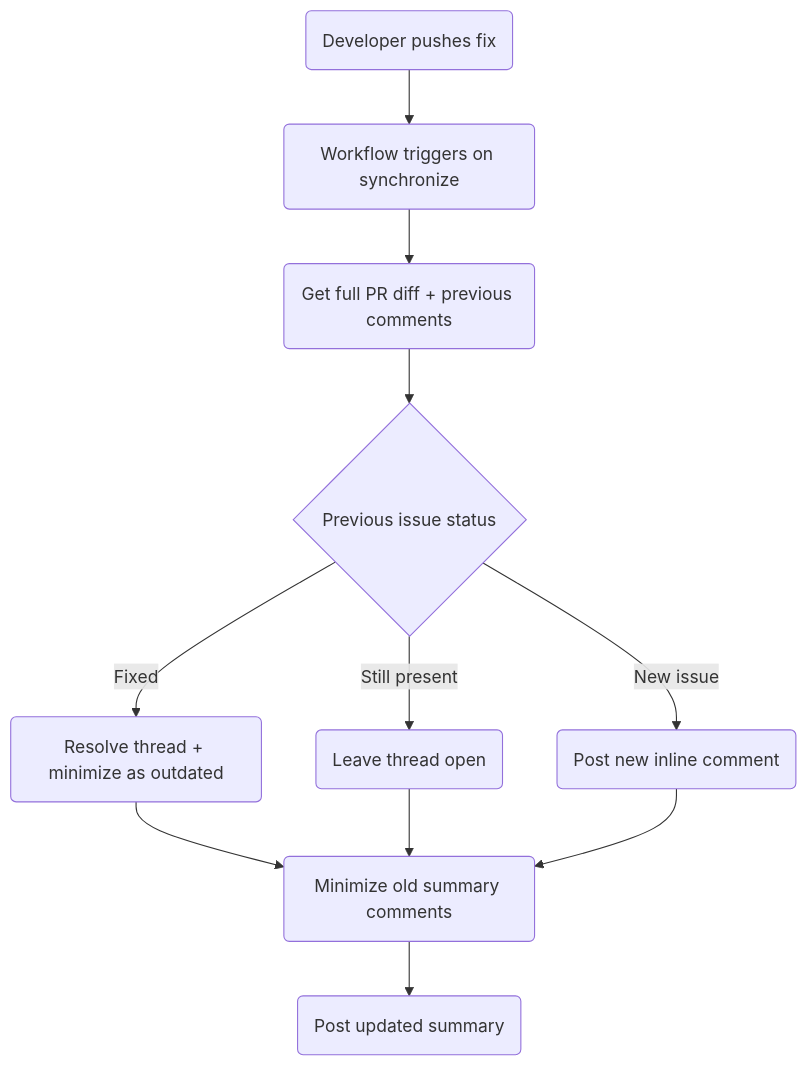
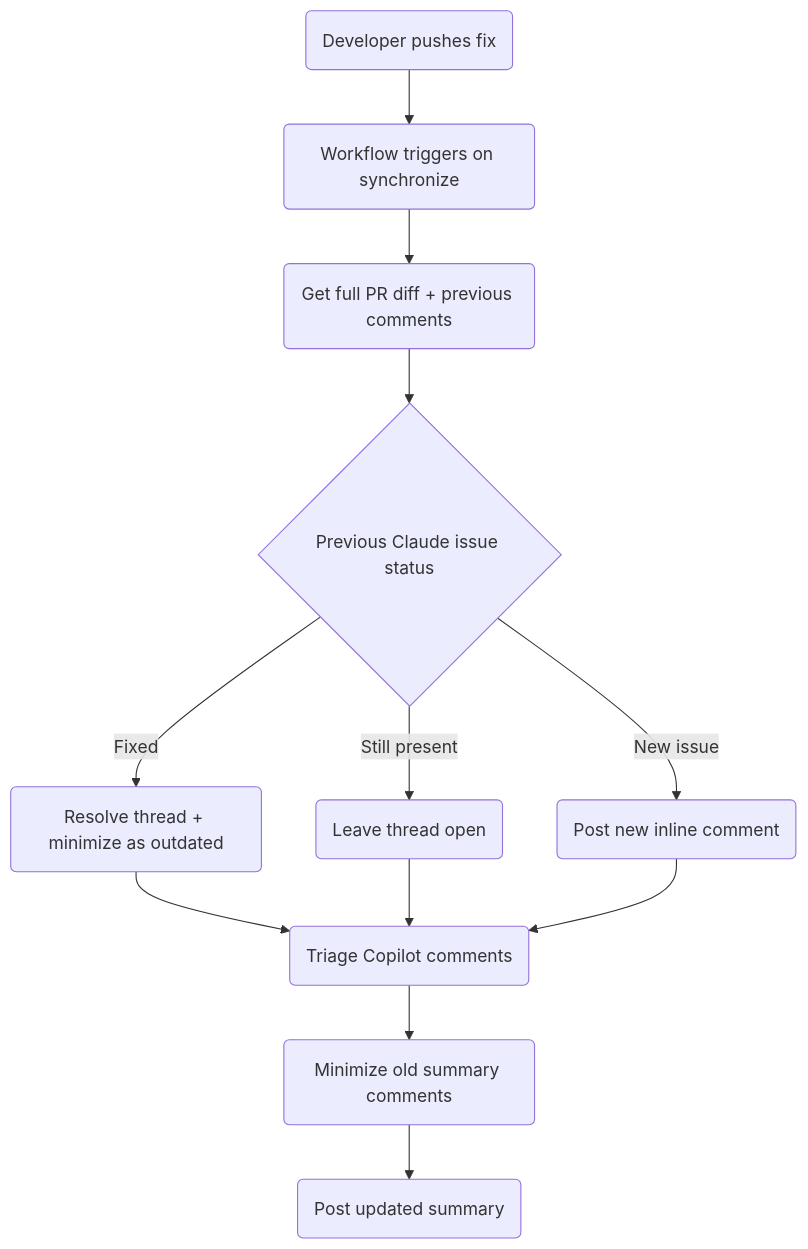
One commit to SchweizerischeBundesbahnen/github-workflows-polarion changed the second of 2 diagrams in docs/claude-code-review.md. Above: the diagram before and after it, drawn with Mermaid. The commit also changed other lines of this file and 1 other file, not shown here.

First line of the commit message:
feat: triage Copilot review comments in Claude Code Review (#22)

````diff
--- a/docs/claude-code-review.md
+++ b/docs/claude-code-review.md
@@ -145,13 +158,14 @@
 ```mermaid
 flowchart TD
   A(Developer pushes fix) --> B(Workflow triggers on synchronize)
   B --> C(Get full PR diff + previous comments)
-  C --> D{Previous issue status}
+  C --> D{Previous Claude issue status}
   D -->|Fixed| E(Resolve thread + minimize as outdated)
   D -->|Still present| F(Leave thread open)
   D -->|New issue| G(Post new inline comment)
-  E --> H(Minimize old summary comments)
-  F --> H
-  G --> H
+  E --> CP(Triage Copilot comments)
+  F --> CP
+  G --> CP
+  CP --> H(Minimize old summary comments)
   H --> I(Post updated summary)
 ```
````
